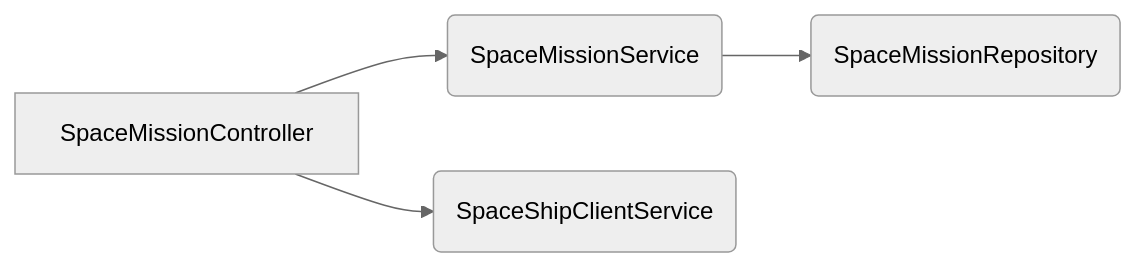
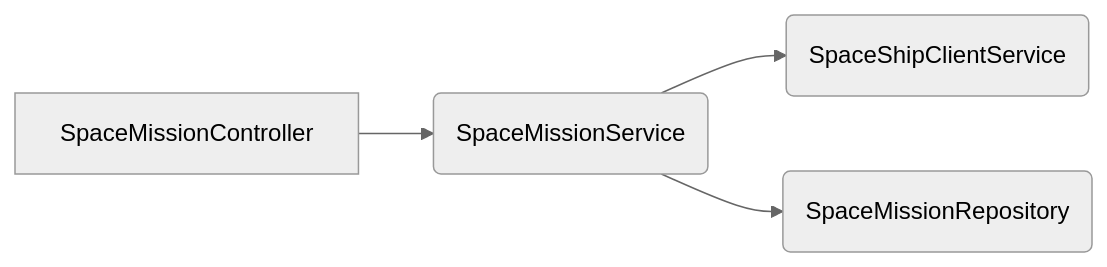
One commit to cf-training-springboot-2019/spacemission-manager changed the diagram in README.md. Above: the diagram before and after it, drawn with Mermaid (neutral theme).

Commit message:
Applied corrections to README#Structure section

````diff
--- a/README.md
+++ b/README.md
@@ -40,6 +40,6 @@
 ```mermaid
 graph LR
 A[SpaceMissionController] --> B1(SpaceMissionService)
-A --> B2(SpaceShipClientService)
+B1 --> B2(SpaceShipClientService)
 B1 --> C1(SpaceMissionRepository)
 ```
````
